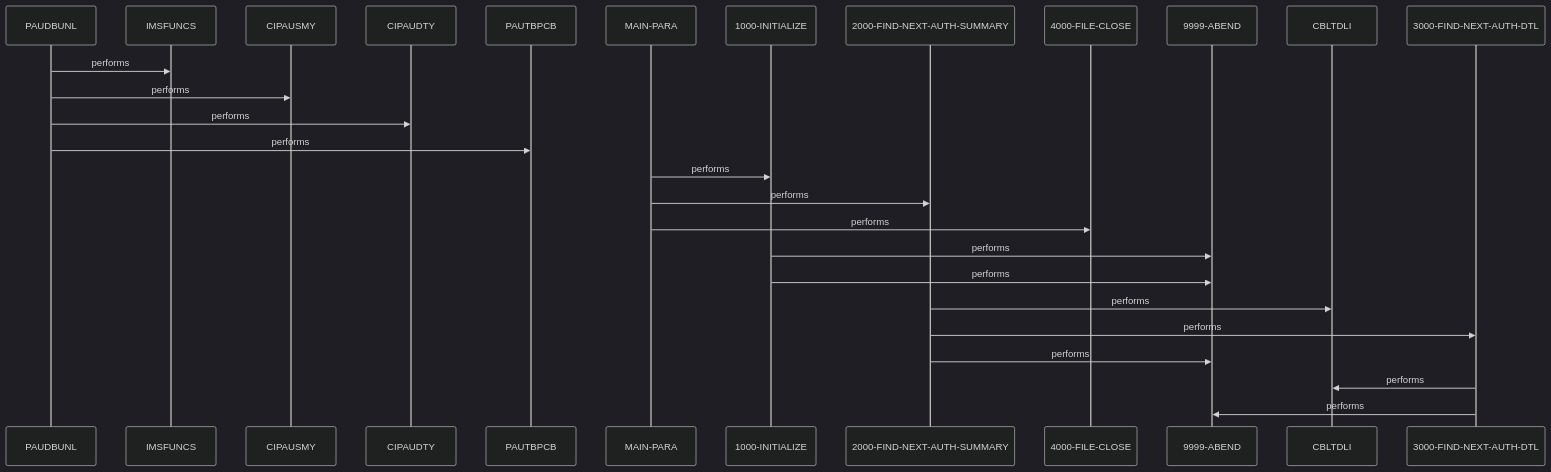
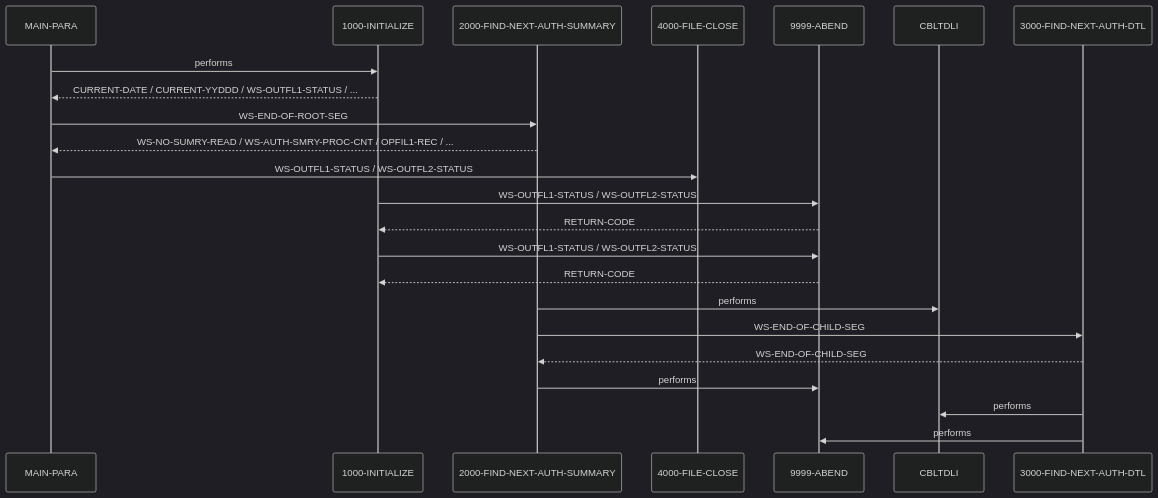
One commit to andrasfe/war_rig changed the second of 2 diagrams in example_output/cbl/PAUDBUNL.CBL.md. Above: the diagram before and after it, drawn with Mermaid (dark theme). The commit also changed other lines of this file and 265 other files, not shown here.

````diff
--- a/example_output/cbl/PAUDBUNL.CBL.md
+++ b/example_output/cbl/PAUDBUNL.CBL.md
@@ -142,29 +93,25 @@
 ```mermaid
 sequenceDiagram
-    participant PAUDBUNL as PAUDBUNL
-    participant IMSFUNCS as IMSFUNCS
-    participant CIPAUSMY as CIPAUSMY
-    participant CIPAUDTY as CIPAUDTY
-    participant PAUTBPCB as PAUTBPCB
     participant MAIN_PARA as MAIN-PARA
     participant 1000_INITIALIZE as 1000-INITIALIZE
     participant 2000_FIND_NEXT_AUTH_SUMMARY as 2000-FIND-NEXT-AUTH-SUMMARY
     participant 4000_FILE_CLOSE as 4000-FILE-CLOSE
     participant 9999_ABEND as 9999-ABEND
     participant CBLTDLI as CBLTDLI
     participant 3000_FIND_NEXT_AUTH_DTL as 3000-FIND-NEXT-AUTH-DTL
-    PAUDBUNL->>IMSFUNCS: performs
-    PAUDBUNL->>CIPAUSMY: performs
-    PAUDBUNL->>CIPAUDTY: performs
-    PAUDBUNL->>PAUTBPCB: performs
     MAIN_PARA->>1000_INITIALIZE: performs
-    MAIN_PARA->>2000_FIND_NEXT_AUTH_SUMMARY: performs
-    MAIN_PARA->>4000_FILE_CLOSE: performs
-    1000_INITIALIZE->>9999_ABEND: performs
-    1000_INITIALIZE->>9999_ABEND: performs
+    1000_INITIALIZE-->>MAIN_PARA: CURRENT-DATE / CURRENT-YYDDD / WS-OUTFL1-STATUS / ...
+    MAIN_PARA->>2000_FIND_NEXT_AUTH_SUMMARY: WS-END-OF-ROOT-SEG
+    2000_FIND_NEXT_AUTH_SUMMARY-->>MAIN_PARA: WS-NO-SUMRY-READ / WS-AUTH-SMRY-PROC-CNT / OPFIL1-REC / ...
+    MAIN_PARA->>4000_FILE_CLOSE: WS-OUTFL1-STATUS / WS-OUTFL2-STATUS
+    1000_INITIALIZE->>9999_ABEND: WS-OUTFL1-STATUS / WS-OUTFL2-STATUS
+    9999_ABEND-->>1000_INITIALIZE: RETURN-CODE
+    1000_INITIALIZE->>9999_ABEND: WS-OUTFL1-STATUS / WS-OUTFL2-STATUS
+    9999_ABEND-->>1000_INITIALIZE: RETURN-CODE
     2000_FIND_NEXT_AUTH_SUMMARY->>CBLTDLI: performs
-    2000_FIND_NEXT_AUTH_SUMMARY->>3000_FIND_NEXT_AUTH_DTL: performs
+    2000_FIND_NEXT_AUTH_SUMMARY->>3000_FIND_NEXT_AUTH_DTL: WS-END-OF-CHILD-SEG
+    3000_FIND_NEXT_AUTH_DTL-->>2000_FIND_NEXT_AUTH_SUMMARY: WS-END-OF-CHILD-SEG
     2000_FIND_NEXT_AUTH_SUMMARY->>9999_ABEND: performs
     3000_FIND_NEXT_AUTH_DTL->>CBLTDLI: performs
     3000_FIND_NEXT_AUTH_DTL->>9999_ABEND: performs
 ```
````
